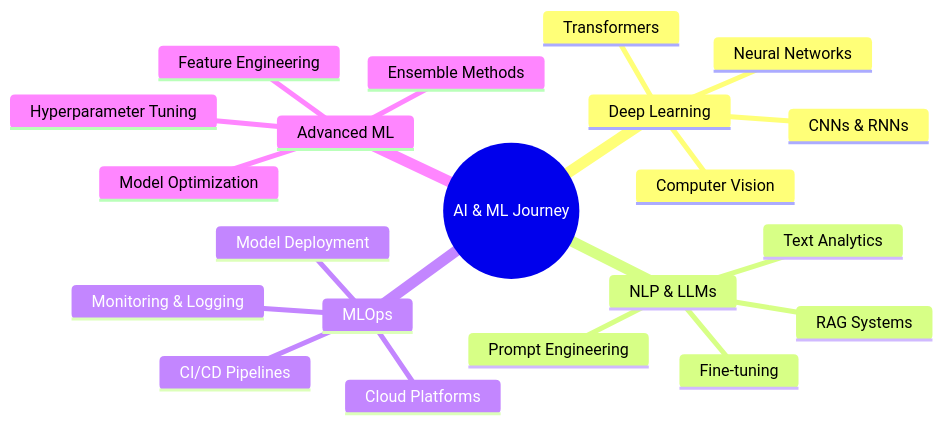
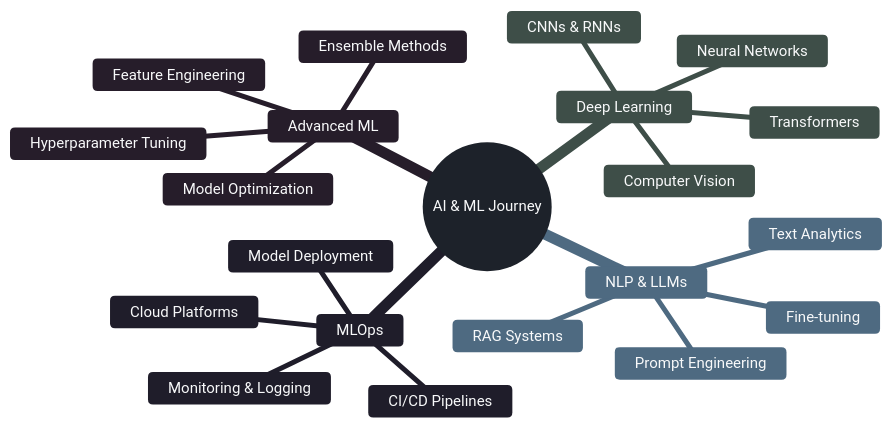
The diagram in README.md (hossammedhat81/hossammedhat81), drawn with Mermaid before and after one commit.

Commit message:
Add mermaid diagram for learning path
Added a mermaid diagram to illustrate the current learning path in AI and ML.

````diff
--- a/README.md
+++ b/README.md
@@ -255,24 +255,48 @@
 ```mermaid
+
+%%{init: {'theme':'base', 'themeVariables': {
+  'primaryColor':'#525e75',
+  'primaryTextColor':'#f8f9fa',
+  'primaryBorderColor':'#8b9bb3',
+  'lineColor':'#8b9bb3',
+  'secondaryColor':'#78938a',
+  'tertiaryColor':'#92a9bd',
+  'mainBkg':'#525e75',
+  'secondBkg':'#78938a',
+  'border1':'#8b9bb3',
+  'border2':'#a5b8c9',
+  'note':'#92a9bd',
+  'noteBorder':'#a5b8c9',
+  'noteBkgColor':'#78938a',
+  'noteTextColor':'#f8f9fa',
+  'textColor':'#f1f3f5',
+  'fontSize':'15px',
+  'fontFamily':'Inter, system-ui, sans-serif',
+  'nodeBorder':'#a5b8c9',
+  'clusterBkg':'#445062',
+  'clusterBorder':'#8b9bb3',
+  'titleColor':'#dde5ed'
+}}}%%
 mindmap
   root((AI & ML Journey))
     Deep Learning
       Neural Networks
       CNNs & RNNs
       Transformers
       Computer Vision
     NLP & LLMs
       RAG Systems
       Fine-tuning
       Prompt Engineering
       Text Analytics
     MLOps
       Model Deployment
       CI/CD Pipelines
       Monitoring & Logging
       Cloud Platforms
     Advanced ML
       Ensemble Methods
       Feature Engineering
       Hyperparameter Tuning
       Model Optimization
 ```
````
